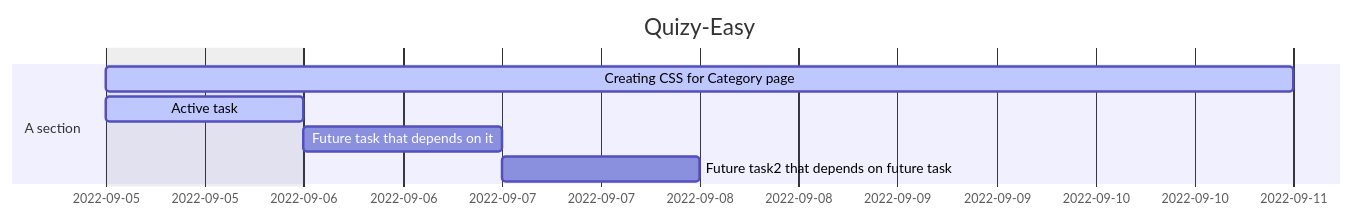
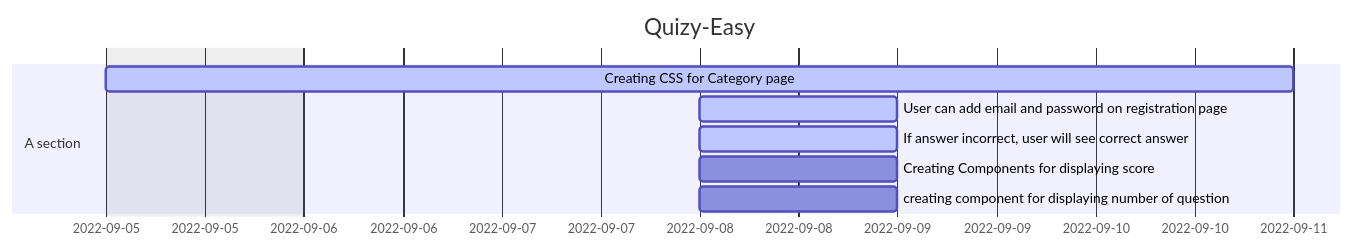
One commit to arkadiyshin/quizy-easy changed the diagram in README.md. Above: the diagram before and after it, drawn with Mermaid. The commit also changed other lines of this file, not shown here.

````diff
--- a/README.md
+++ b/README.md
@@ -1,14 +1,15 @@
 ```mermaid
 
 gantt
 dateFormat  YYYY-MM-DD
 title Quizy-Easy
 excludes weekdays 2022-09-05
 
 section A section
-Creating CSS for Category page            :active,    des1, 2022-09-05, 2022-09-11
-Active task               :active,  des2, 2022-09-05, 1d
-Future task that depends on it              :         des3, after des2, 1d
-Future task2 that depends on future task              :         des4, after des3, 1d
+Creating CSS for Category page                        :active,  des1, 2022-09-05, 2022-09-11
+User can add email and password on registration page  :active,  des2, 2022-09-08, 1d
+If answer incorrect, user will see correct answer     :active,  des3, 2022-09-08, 1d
+Creating Components for displaying score              :active   des4, 2022-09-08, 1d
+creating component for displaying number of question  :active   des5, after desk4, 1d
 
 ```
````
